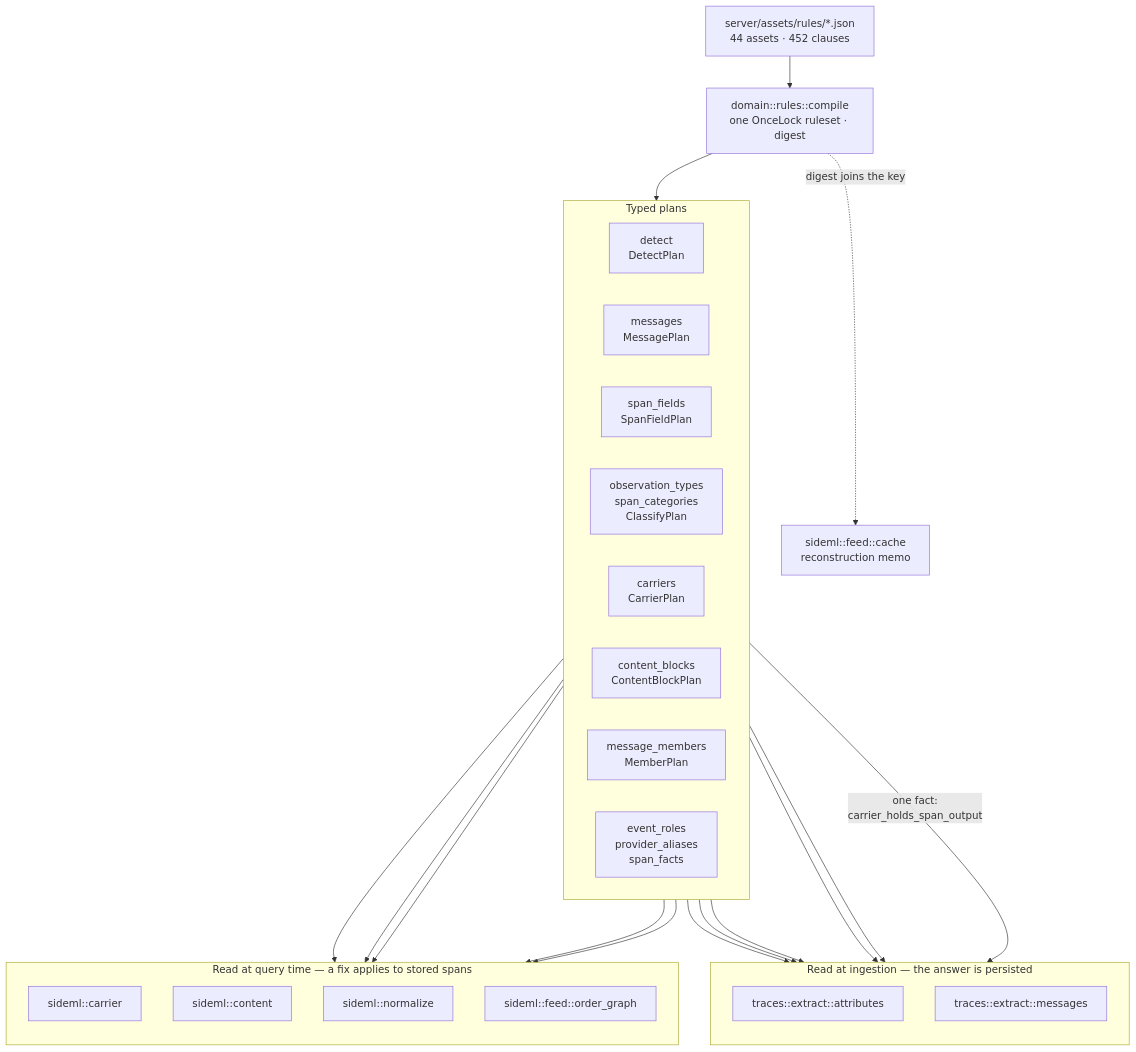
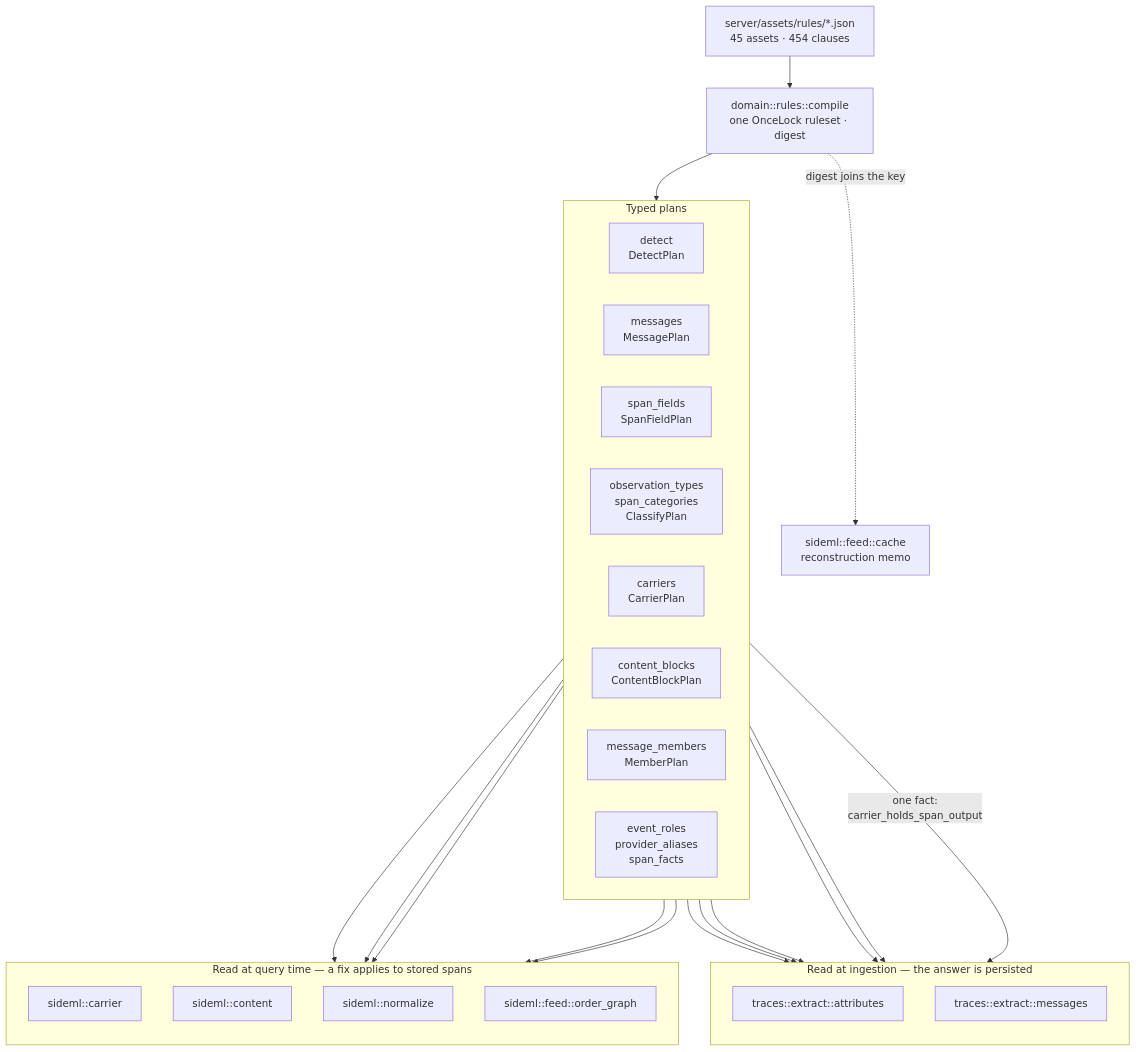
One commit to sideseat/sideseat changed the first of 7 diagrams in docs/engineering/architecture-diagrams.md. Above: the diagram before and after it, drawn with Mermaid. The commit also changed 6 other files, not shown here.

````diff
--- a/docs/engineering/architecture-diagrams.md
+++ b/docs/engineering/architecture-diagrams.md
@@ -18,47 +18,47 @@
 ```mermaid
 flowchart TB
-    assets["server/assets/rules/*.json<br/>44 assets · 452 clauses"]
+    assets["server/assets/rules/*.json<br/>45 assets · 454 clauses"]
     compile["domain::rules::compile<br/>one OnceLock ruleset · digest"]
     assets --> compile
 
     subgraph plans["Typed plans"]
         direction LR
         detect["detect<br/>DetectPlan"]
         messages["messages<br/>MessagePlan"]
         fields["span_fields<br/>SpanFieldPlan"]
         classify["observation_types<br/>span_categories<br/>ClassifyPlan"]
         carriers["carriers<br/>CarrierPlan"]
         blocks["content_blocks<br/>ContentBlockPlan"]
         members["message_members<br/>MemberPlan"]
         roles["event_roles<br/>provider_aliases<br/>span_facts"]
     end
     compile --> plans
 
     subgraph ingest["Read at ingestion — the answer is persisted"]
         direction TB
         attrs["traces::extract::attributes"]
         msgs["traces::extract::messages"]
     end
 
     subgraph query["Read at query time — a fix applies to stored spans"]
         direction TB
         carrier["sideml::carrier"]
         content["sideml::content"]
         normalize["sideml::normalize"]
         order["sideml::feed::order_graph"]
     end
 
     detect --> attrs
     fields --> attrs
     classify --> attrs
     roles --> attrs
     messages --> msgs
     carriers -->|"one fact:<br/>carrier_holds_span_output"| msgs
     carriers --> carrier
     carriers --> order
     blocks --> content
     members --> content
     roles --> normalize
 
     compile -. "digest joins the key" .-> cache["sideml::feed::cache<br/>reconstruction memo"]
 ```
````
